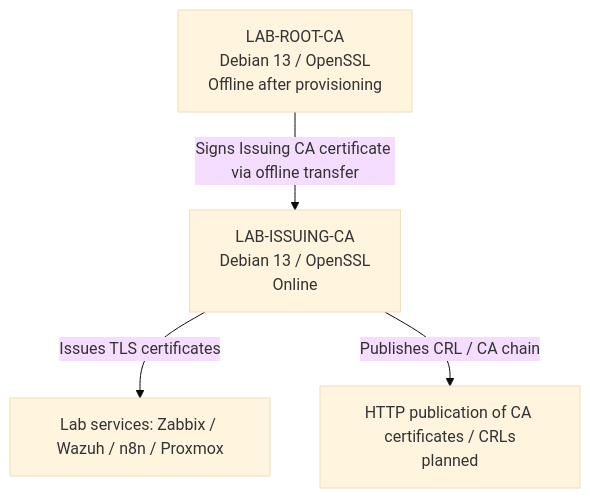
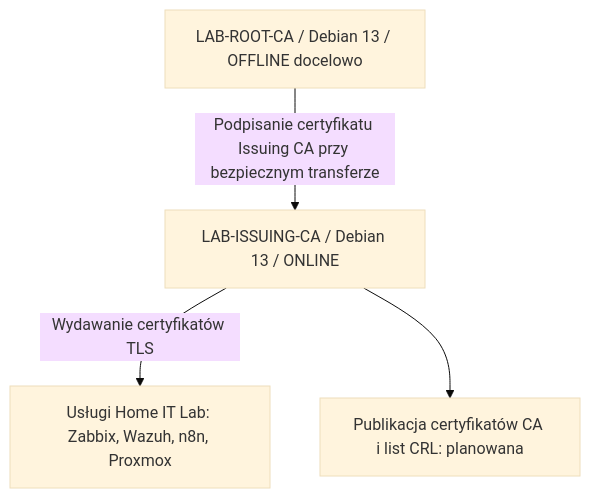
One commit to ctworzewski/home-it-lab changed the diagram in network-security/Certificates/01-Two-Tier-PKI-Deployment/README.md. Above: the diagram before and after it, drawn with Mermaid (base theme). The commit also changed other lines of this file and 17 other files, not shown here.

````diff
--- a/network-security/Certificates/01-Two-Tier-PKI-Deployment/README.md
+++ b/network-security/Certificates/01-Two-Tier-PKI-Deployment/README.md
@@ -9,10 +11,10 @@
 ```mermaid
 flowchart TD
-    ROOT[LAB-ROOT-CA\nDebian 13 / OpenSSL\nOffline after provisioning]
-    ISS[LAB-ISSUING-CA\nDebian 13 / OpenSSL\nOnline]
-    PUB[HTTP publication of CA certificates / CRLs\nplanned]
-    SVC[Lab services: Zabbix / Wazuh / n8n / Proxmox]
-    ROOT -->|Signs Issuing CA certificate via offline transfer| ISS
-    ISS -->|Issues TLS certificates| SVC
-    ISS -->|Publishes CRL / CA chain| PUB
+    R[LAB-ROOT-CA / Debian 13 / OFFLINE docelowo]
+    I[LAB-ISSUING-CA / Debian 13 / ONLINE]
+    S[Usługi Home IT Lab: Zabbix, Wazuh, n8n, Proxmox]
+    P[Publikacja certyfikatów CA i list CRL: planowana]
+    R -->|Podpisanie certyfikatu Issuing CA przy bezpiecznym transferze| I
+    I -->|Wydawanie certyfikatów TLS| S
+    I --> P
 ```
````
